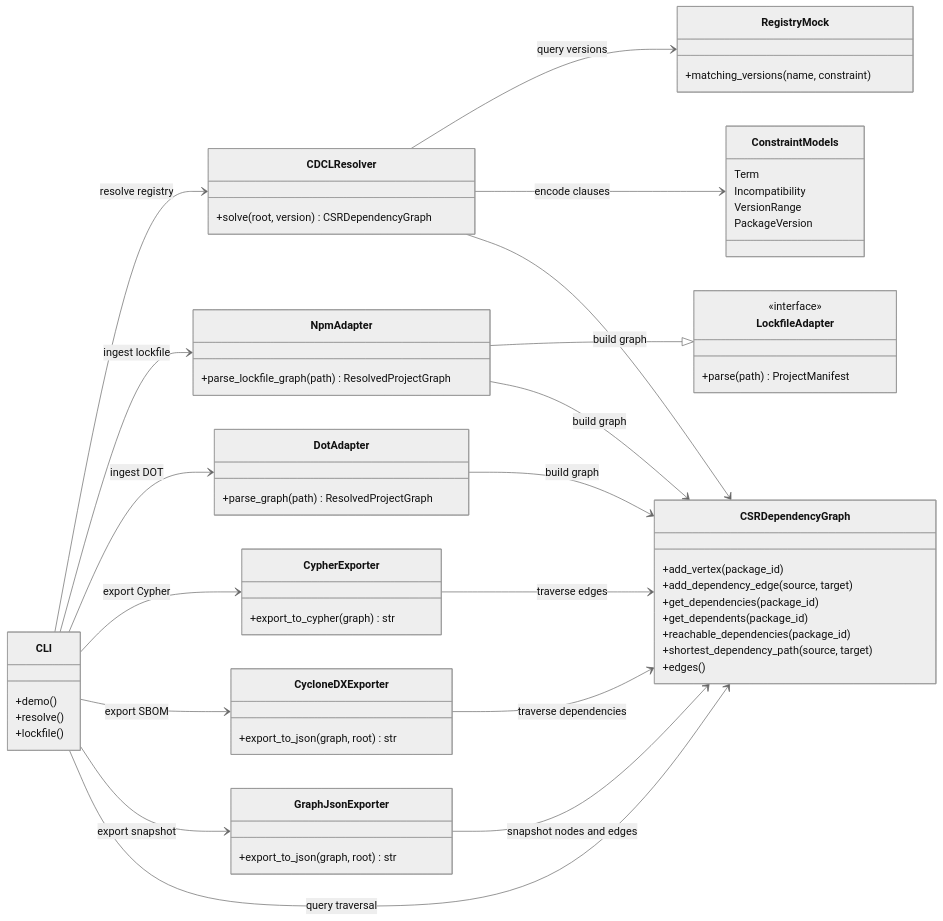
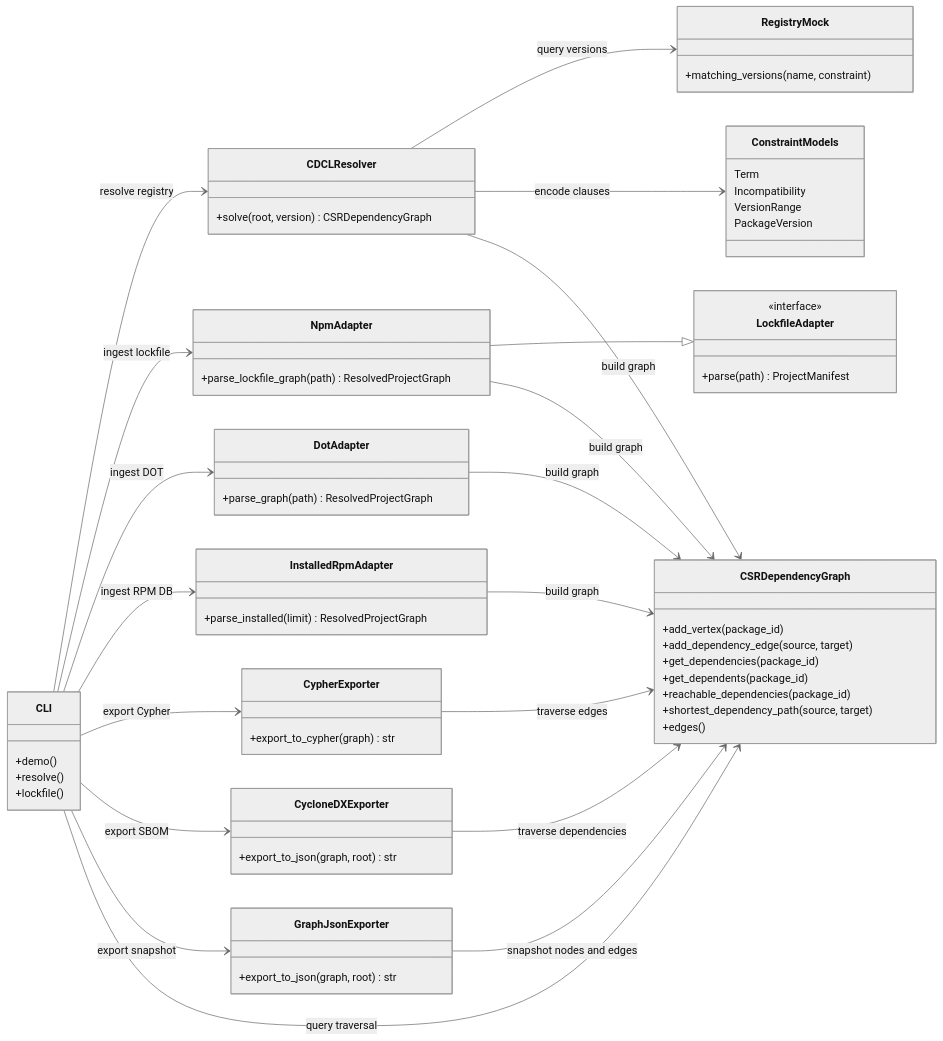
The first of 2 diagrams in README.md (xsub/EnterpriseLinux-SoftwareSupplyChain), drawn with Mermaid (neutral theme) before and after one commit. The commit also changed other lines of this file and 4 other files, not shown here.

Commit message:
Add installed RPM graph ingestion

````diff
--- a/README.md
+++ b/README.md
@@ -77,65 +84,70 @@
 ```mermaid
 classDiagram
 direction LR
 class CLI {
   +demo()
   +resolve()
   +lockfile()
 }
 class LockfileAdapter {
   <<interface>>
   +parse(path) ProjectManifest
 }
 class NpmAdapter {
   +parse_lockfile_graph(path) ResolvedProjectGraph
 }
 class DotAdapter {
   +parse_graph(path) ResolvedProjectGraph
+}
+class InstalledRpmAdapter {
+  +parse_installed(limit) ResolvedProjectGraph
 }
 class RegistryMock {
   +matching_versions(name, constraint)
 }
 class CDCLResolver {
   +solve(root, version) CSRDependencyGraph
 }
 class CSRDependencyGraph {
   +add_vertex(package_id)
   +add_dependency_edge(source, target)
   +get_dependencies(package_id)
   +get_dependents(package_id)
   +reachable_dependencies(package_id)
   +shortest_dependency_path(source, target)
   +edges()
 }
 class CypherExporter {
   +export_to_cypher(graph) str
 }
 class CycloneDXExporter {
   +export_to_json(graph, root) str
 }
 class GraphJsonExporter {
   +export_to_json(graph, root) str
 }
 class ConstraintModels {
   Term
   Incompatibility
   VersionRange
   PackageVersion
 }
 CLI --> CDCLResolver : resolve registry
 CLI --> NpmAdapter : ingest lockfile
 CLI --> DotAdapter : ingest DOT
+CLI --> InstalledRpmAdapter : ingest RPM DB
 NpmAdapter --|> LockfileAdapter
 CDCLResolver --> RegistryMock : query versions
 CDCLResolver --> ConstraintModels : encode clauses
 CDCLResolver --> CSRDependencyGraph : build graph
 NpmAdapter --> CSRDependencyGraph : build graph
 DotAdapter --> CSRDependencyGraph : build graph
+InstalledRpmAdapter --> CSRDependencyGraph : build graph
 CLI --> CypherExporter : export Cypher
 CLI --> CycloneDXExporter : export SBOM
 CLI --> GraphJsonExporter : export snapshot
 CLI --> CSRDependencyGraph : query traversal
 CypherExporter --> CSRDependencyGraph : traverse edges
 CycloneDXExporter --> CSRDependencyGraph : traverse dependencies
 GraphJsonExporter --> CSRDependencyGraph : snapshot nodes and edges
 ```
````
